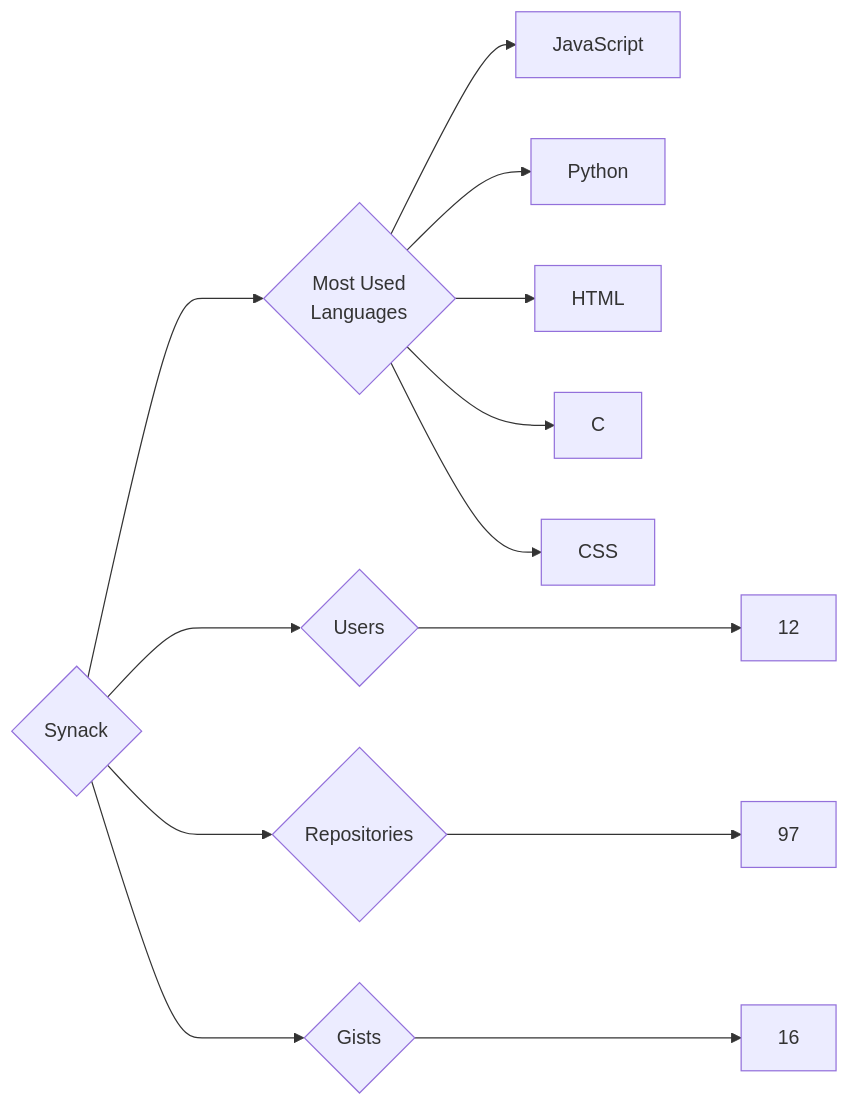
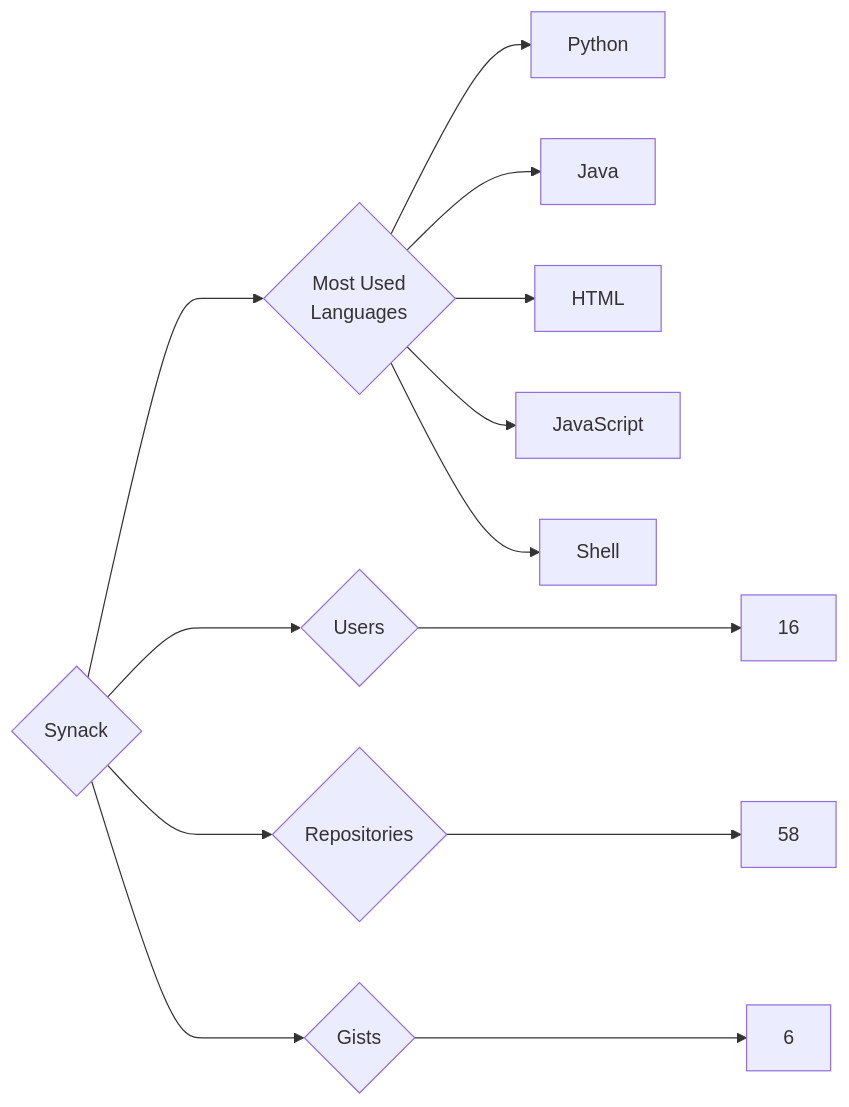
Before and after one commit to trickest/insiders: the diagram in targets/Synack/README.md, drawn with Mermaid. The commit also changed 965 other files, not shown here.

````diff
--- a/targets/Synack/README.md
+++ b/targets/Synack/README.md
@@ -3,13 +3,13 @@
 ```mermaid
 graph LR
 COMPANY_NAME{Synack}
-COMPANY_NAME ---> U{Users} ---> UN[12]
-COMPANY_NAME ---> R{Repositories} ---> RN[97]
-COMPANY_NAME ---> G{Gists} ---> GN[16]
+COMPANY_NAME ---> U{Users} ---> UN[16]
+COMPANY_NAME ---> R{Repositories} ---> RN[58]
+COMPANY_NAME ---> G{Gists} ---> GN[6]
 COMPANY_NAME ---> ML{Most Used<br>Languages}
+ML --> Python[Python]
+ML --> Java[Java]
+ML --> HTML[HTML]
 ML --> JavaScript[JavaScript]
-ML --> Python[Python]
-ML --> HTML[HTML]
-ML --> C[C]
-ML --> CSS[CSS]
+ML --> Shell[Shell]
 ```
````
